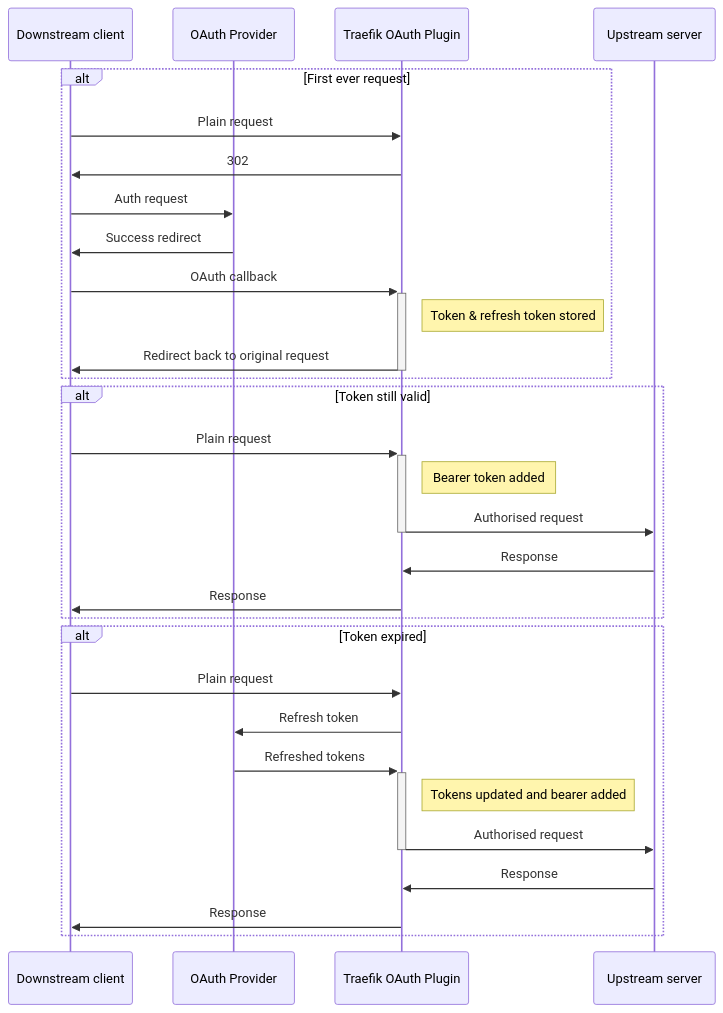
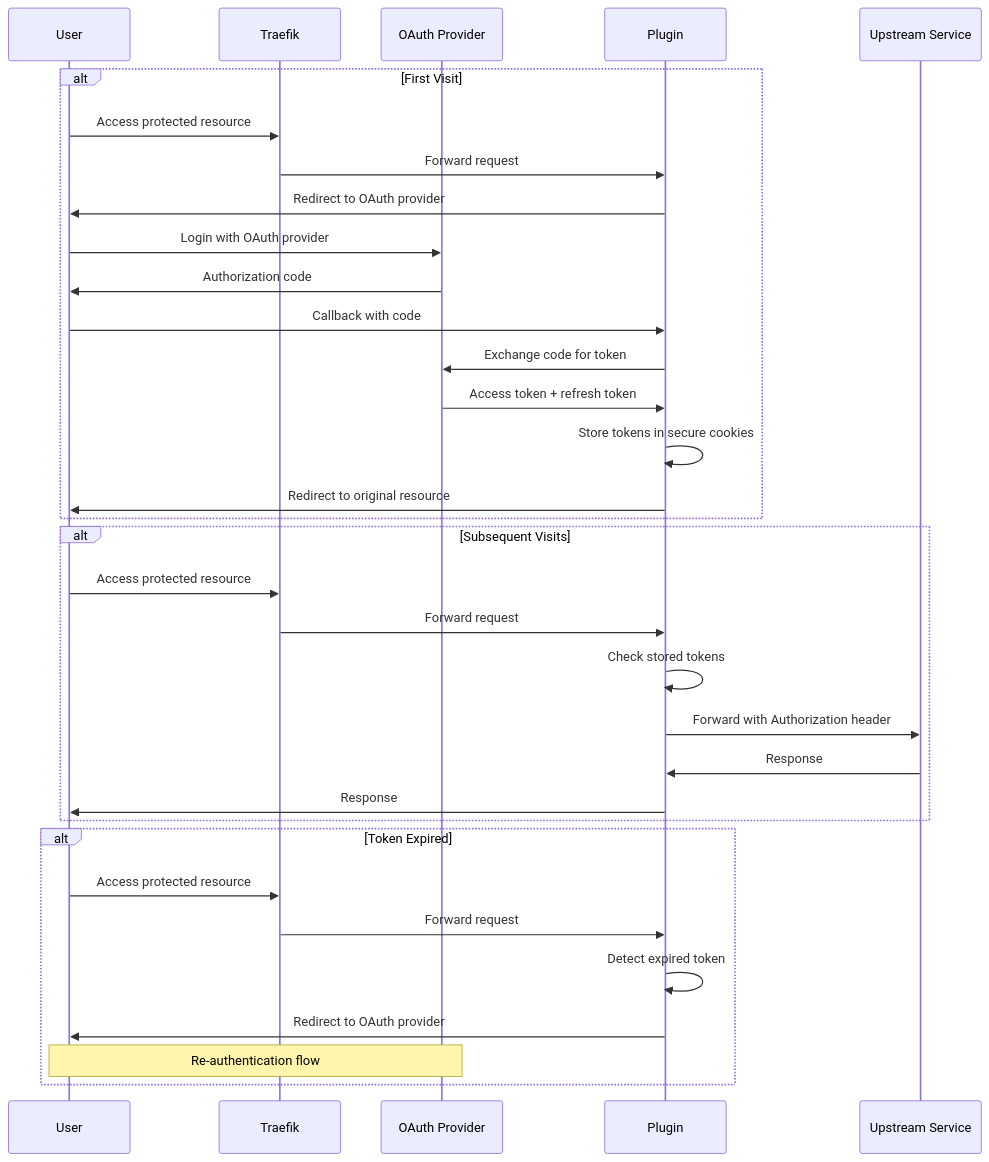
Before and after one commit to GounGG/traefik-oauth-upstream: the diagram in readme.md, drawn with Mermaid. The commit also changed other lines of this file, not shown here.

````diff
--- a/readme.md
+++ b/readme.md
@@ -12,36 +26,38 @@
 ```mermaid
 sequenceDiagram
-  participant B as Downstream client
+  participant U as User
+  participant T as Traefik
   participant O as OAuth Provider
-  participant P as Traefik OAuth Plugin
-  participant U as Upstream server
+  participant P as Plugin
+  participant S as Upstream Service
 
-  alt First ever request
-    B->>P: Plain request
-    P->>B: 302
-    B->>O: Auth request
-    O->>B: Success redirect
-    B->>+P: OAuth callback
-    Note right of P: Token & refresh token stored
-    P->>-B: Redirect back to original request
+  alt First Visit
+    U->>T: Access protected resource
+    T->>P: Forward request
+    P->>U: Redirect to OAuth provider
+    U->>O: Login with OAuth provider
+    O->>U: Authorization code
+    U->>P: Callback with code
+    P->>O: Exchange code for token
+    O->>P: Access token + refresh token
+    P->>P: Store tokens in secure cookies
+    P->>U: Redirect to original resource
   end
 
-  alt Token still valid
-    B->>+P: Plain request
-    Note right of P: Bearer token added
-    P->>-U: Authorised request
-    U->>P: Response
-    P->>B: Response
+  alt Subsequent Visits
+    U->>T: Access protected resource
+    T->>P: Forward request
+    P->>P: Check stored tokens
+    P->>S: Forward with Authorization header
+    S->>P: Response
+    P->>U: Response
   end
 
-  alt Token expired
-    B->>P: Plain request
-    P->>O: Refresh token
-    O->>+P: Refreshed tokens
-    Note right of P: Tokens updated and bearer added
-    P->>-U: Authorised request
-    U->>P: Response
-    P->>B: Response
+  alt Token Expired
+    U->>T: Access protected resource
+    T->>P: Forward request
+    P->>P: Detect expired token
+    P->>U: Redirect to OAuth provider
+    Note over U,O: Re-authentication flow
   end
-  
 ```
````
